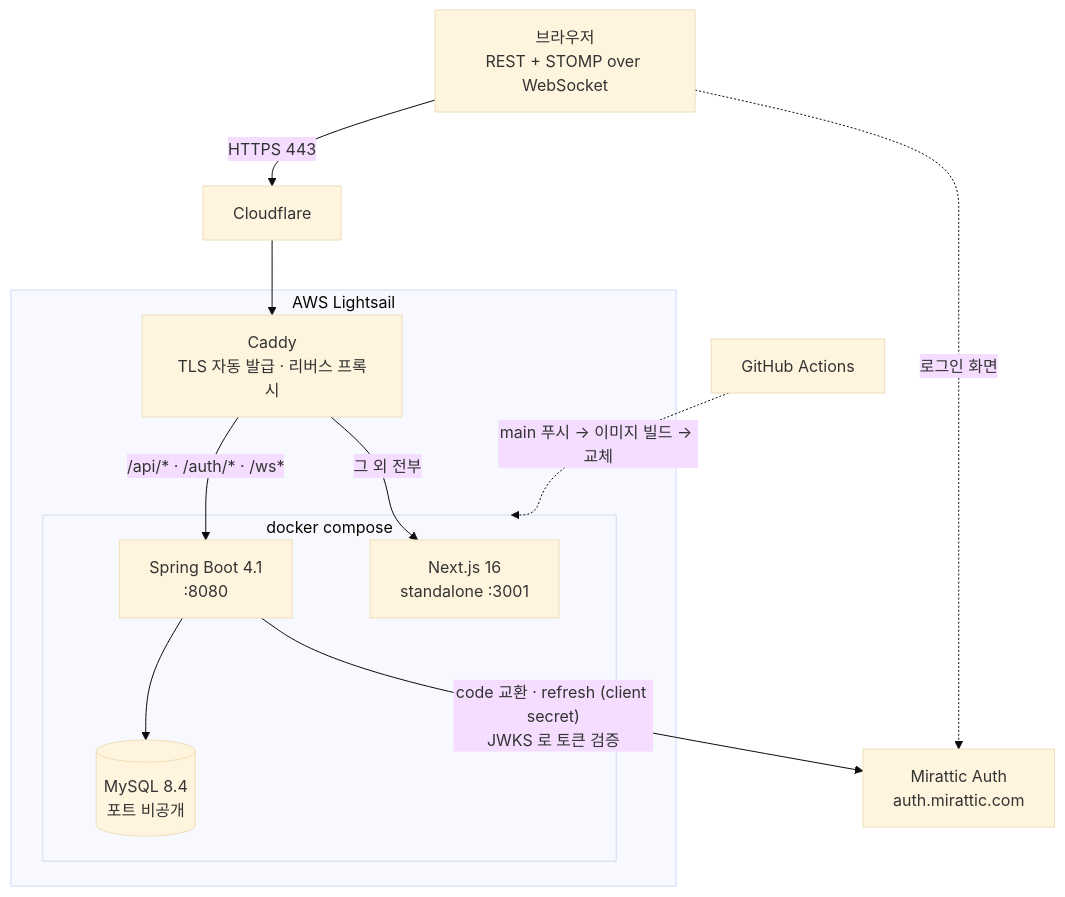
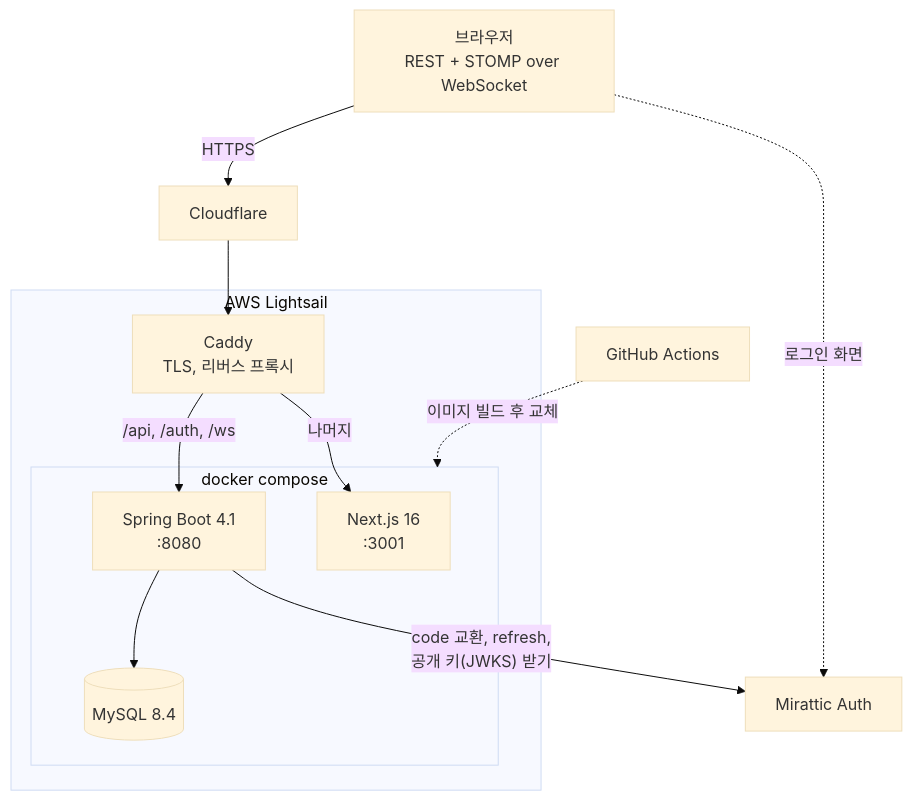
One commit to G1Se0k/MiratticFlow changed the diagram in README.md. Above: the diagram before and after it, drawn with Mermaid (base theme). The commit also changed other lines of this file, not shown here.

Commit message:
README in plain prose (same decisions and troubleshooting, fewer symbols); the diagram says Flow fetches Auth's JWKS rather than asking it to verify. Codex Sol: PASS.

````diff
--- a/README.md
+++ b/README.md
@@ -41,24 +37,24 @@
 ```mermaid
 flowchart TB
     B["브라우저<br/>REST + STOMP over WebSocket"]
 
     subgraph host["AWS Lightsail"]
-        CA["Caddy<br/>TLS 자동 발급 · 리버스 프록시"]
+        CA["Caddy<br/>TLS, 리버스 프록시"]
         subgraph compose["docker compose"]
-            FE["Next.js 16<br/>standalone :3001"]
+            FE["Next.js 16<br/>:3001"]
             BE["Spring Boot 4.1<br/>:8080"]
-            DB[("MySQL 8.4<br/>포트 비공개")]
+            DB[("MySQL 8.4")]
         end
     end
 
     GH["GitHub Actions"]
 
-    B -->|"HTTPS 443"| CF["Cloudflare"] --> CA
-    CA -->|"/api/* · /auth/* · /ws*"| BE
-    CA -->|"그 외 전부"| FE
+    B -->|"HTTPS"| CF["Cloudflare"] --> CA
+    CA -->|"/api, /auth, /ws"| BE
+    CA -->|"나머지"| FE
     BE --> DB
-    GH -.->|"main 푸시 → 이미지 빌드 → 교체"| compose
-    AU["Mirattic Auth<br/>auth.mirattic.com"]
+    GH -.->|"이미지 빌드 후 교체"| compose
+    AU["Mirattic Auth"]
     B -.->|"로그인 화면"| AU
-    BE -->|"code 교환 · refresh (client secret)<br/>JWKS 로 토큰 검증"| AU
+    BE -->|"code 교환, refresh,<br/>공개 키(JWKS) 받기"| AU
 ```
````
